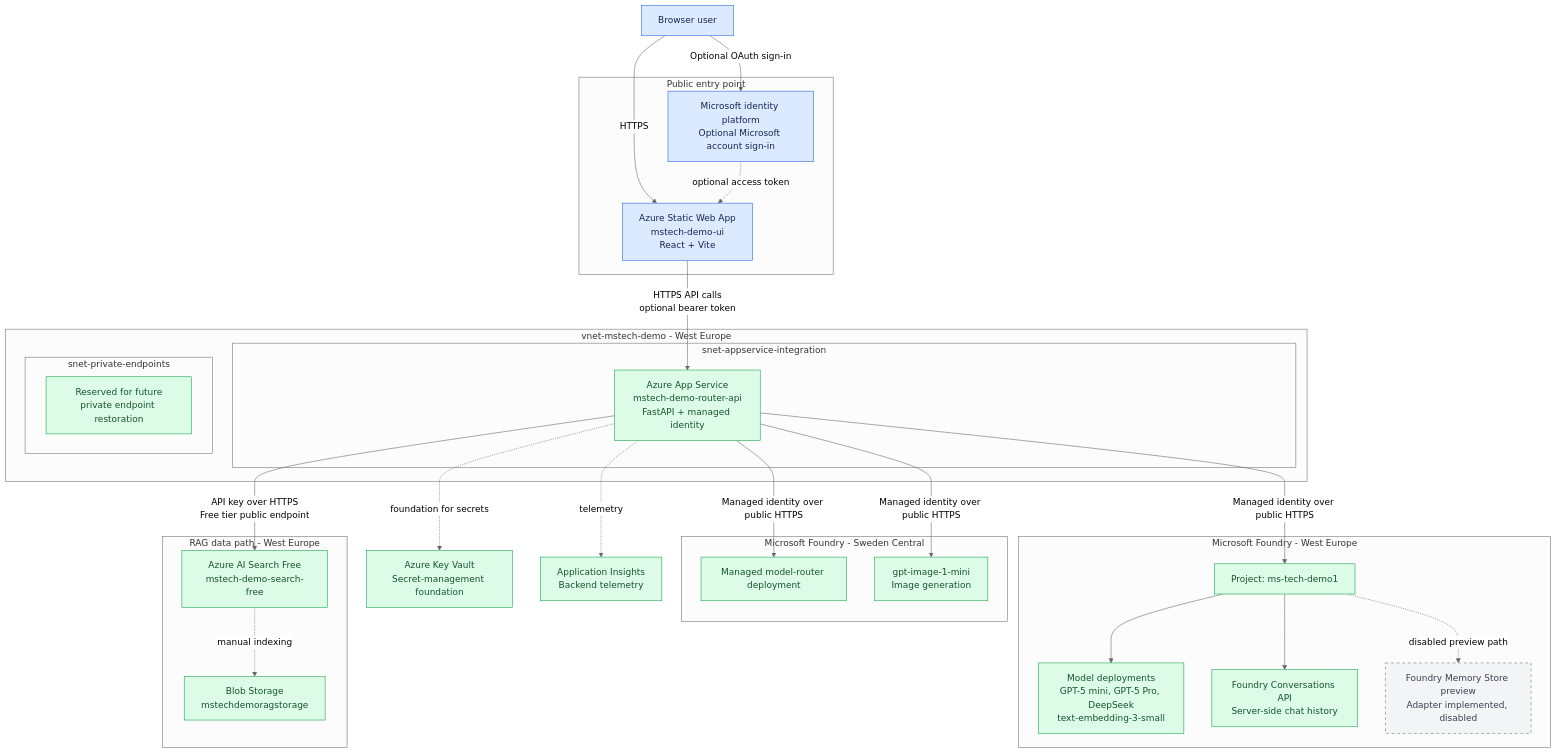
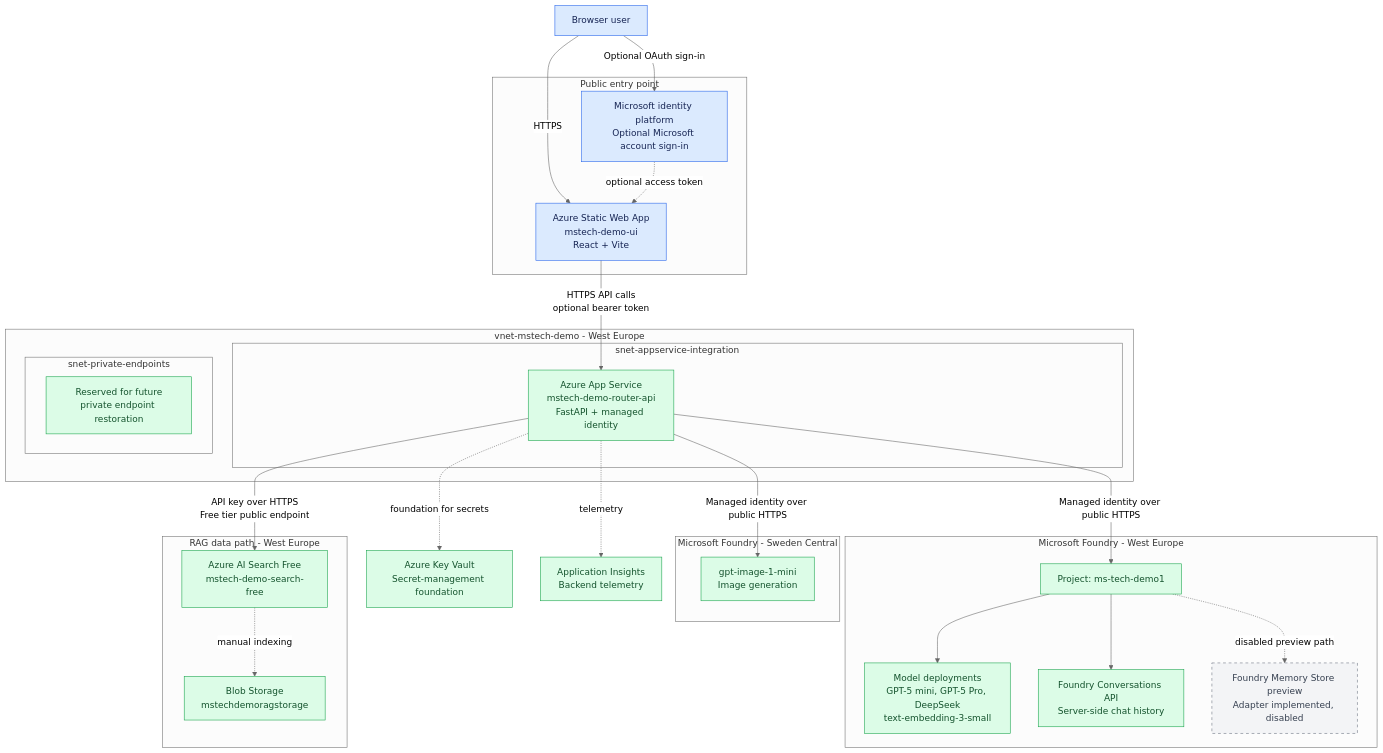
Before and after one commit to dilgamme/ms-tech-demo1: the first of 5 diagrams in SOLUTION_ARCHITECTURE.md, drawn with Mermaid (neutral theme). The commit also changed other lines of this file and 10 other files, not shown here.

Commit message:
Replace model router with GPT mini routing

````diff
--- a/SOLUTION_ARCHITECTURE.md
+++ b/SOLUTION_ARCHITECTURE.md
@@ -48,65 +48,63 @@
 ```mermaid
 flowchart TB
     User[Browser user]
 
     subgraph Public["Public entry point"]
         SWA[Azure Static Web App<br/>mstech-demo-ui<br/>React + Vite]
         Entra[Microsoft identity platform<br/>Optional Microsoft account sign-in]
     end
 
     subgraph VNet["vnet-mstech-demo - West Europe"]
         subgraph AppSubnet["snet-appservice-integration"]
             API[Azure App Service<br/>mstech-demo-router-api<br/>FastAPI + managed identity]
         end
 
         subgraph PESubnet["snet-private-endpoints"]
             Reserved[Reserved for future<br/>private endpoint restoration]
         end
     end
 
     subgraph FoundryWE["Microsoft Foundry - West Europe"]
         Project[Project: ms-tech-demo1]
         Models[Model deployments<br/>GPT-5 mini, GPT-5 Pro, DeepSeek<br/>text-embedding-3-small]
         Conversations[Foundry Conversations API<br/>Server-side chat history]
         Memory[Foundry Memory Store preview<br/>Adapter implemented, disabled]
     end
 
     subgraph FoundrySE["Microsoft Foundry - Sweden Central"]
-        Router[Managed model-router deployment]
         ImageGen[gpt-image-1-mini<br/>Image generation]
     end
 
     subgraph RAG["RAG data path - West Europe"]
         Search[Azure AI Search Free<br/>mstech-demo-search-free]
         Blob[Blob Storage<br/>mstechdemoragstorage]
     end
 
     KV[Azure Key Vault<br/>Secret-management foundation]
     Insights[Application Insights<br/>Backend telemetry]
 
     User -->|HTTPS| SWA
     User -->|Optional OAuth sign-in| Entra
     Entra -. optional access token .-> SWA
     SWA -->|HTTPS API calls<br/>optional bearer token| API
 
     API -->|Managed identity over public HTTPS| Project
     Project --> Models
     Project --> Conversations
     Project -. disabled preview path .-> Memory
 
-    API -->|Managed identity over public HTTPS| Router
     API -->|Managed identity over public HTTPS| ImageGen
 
     API -->|API key over HTTPS<br/>Free tier public endpoint| Search
     Search -. manual indexing .-> Blob
 
     API -. telemetry .-> Insights
     API -. foundation for secrets .-> KV
 
     classDef public fill:#dbeafe,stroke:#2563eb,color:#172554
     classDef private fill:#dcfce7,stroke:#16a34a,color:#14532d
     classDef disabled fill:#f3f4f6,stroke:#6b7280,color:#374151,stroke-dasharray: 5 5
     class User,SWA,Entra public
-    class API,Reserved,Project,Models,Conversations,Router,ImageGen,Search,Blob,KV,Insights private
+    class API,Reserved,Project,Models,Conversations,ImageGen,Search,Blob,KV,Insights private
     class Memory disabled
 ```
````
